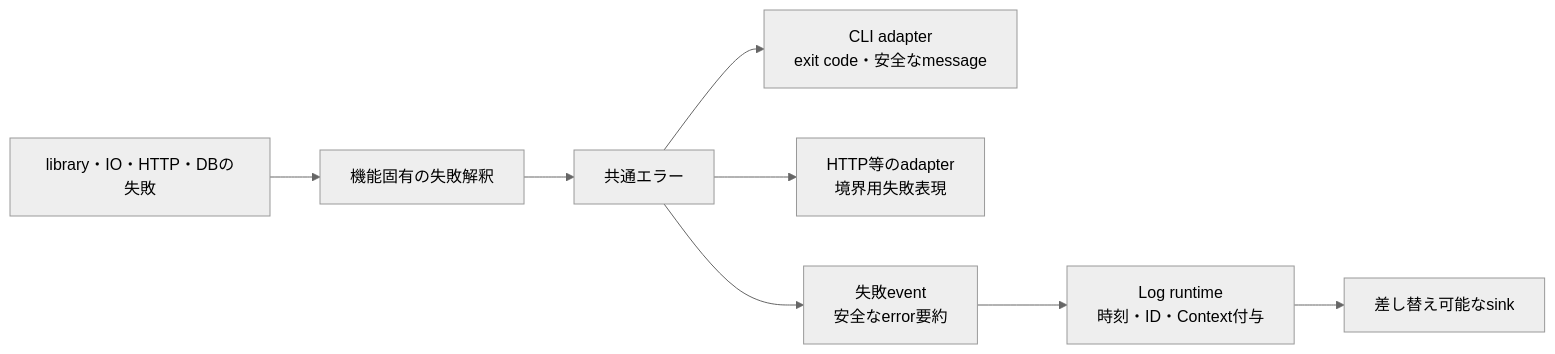
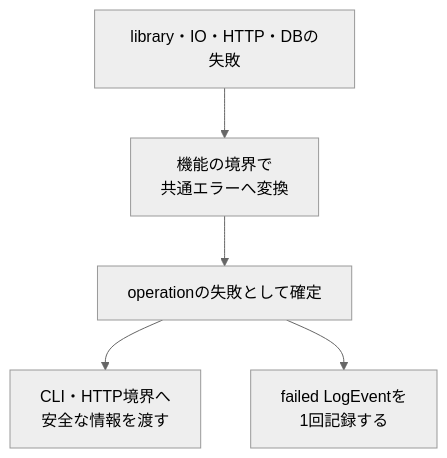
One commit to takashit16833/RAGScope changed the third of 4 diagrams in project-docs/design/エラー・ログ設計.md. Above: the diagram before and after it, drawn with Mermaid (neutral theme). The commit also changed other lines of this file and 17 other files, not shown here.

````diff
--- a/project-docs/design/エラー・ログ設計.md
+++ b/project-docs/design/エラー・ログ設計.md
@@ -141,10 +270,12 @@
 ```mermaid
-flowchart LR
-    Low["library・IO・HTTP・DBの失敗"] --> Feature["機能固有の失敗解釈"]
-    Feature --> Common["共通エラー"]
-    Common --> CLI["CLI adapter<br>exit code・安全なmessage"]
-    Common --> Boundary["HTTP等のadapter<br>境界用失敗表現"]
-    Common --> Event["失敗event<br>安全なerror要約"]
-    Event --> Runtime["Log runtime<br>時刻・ID・Context付与"]
-    Runtime --> Sink["差し替え可能なsink"]
+flowchart TD
+    Failure["library・IO・HTTP・DBの失敗"]
+    Convert["機能の境界で<br>共通エラーへ変換"]
+    Result["operationの失敗として確定"]
+    User["CLI・HTTP境界へ<br>安全な情報を渡す"]
+    Log["failed LogEventを<br>1回記録する"]
+
+    Failure --> Convert --> Result
+    Result --> User
+    Result --> Log
 ```
````
